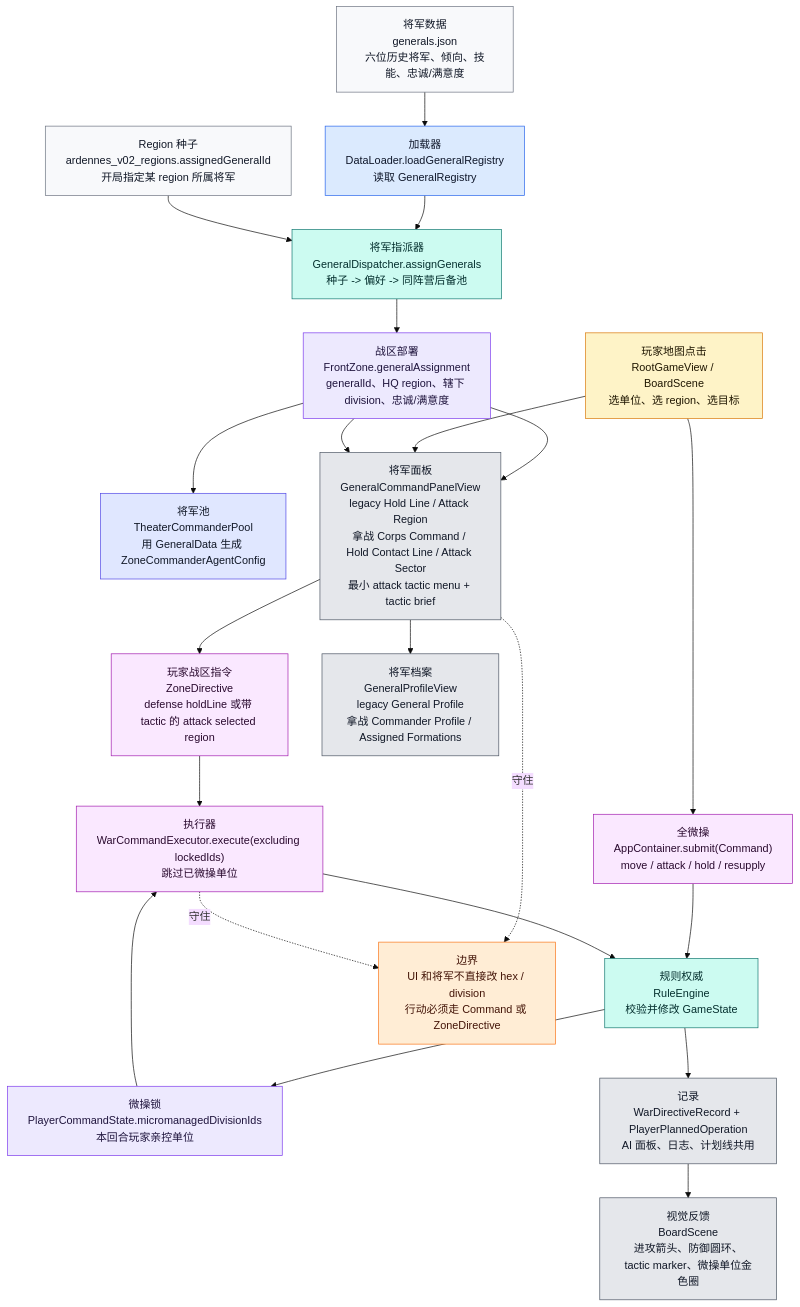
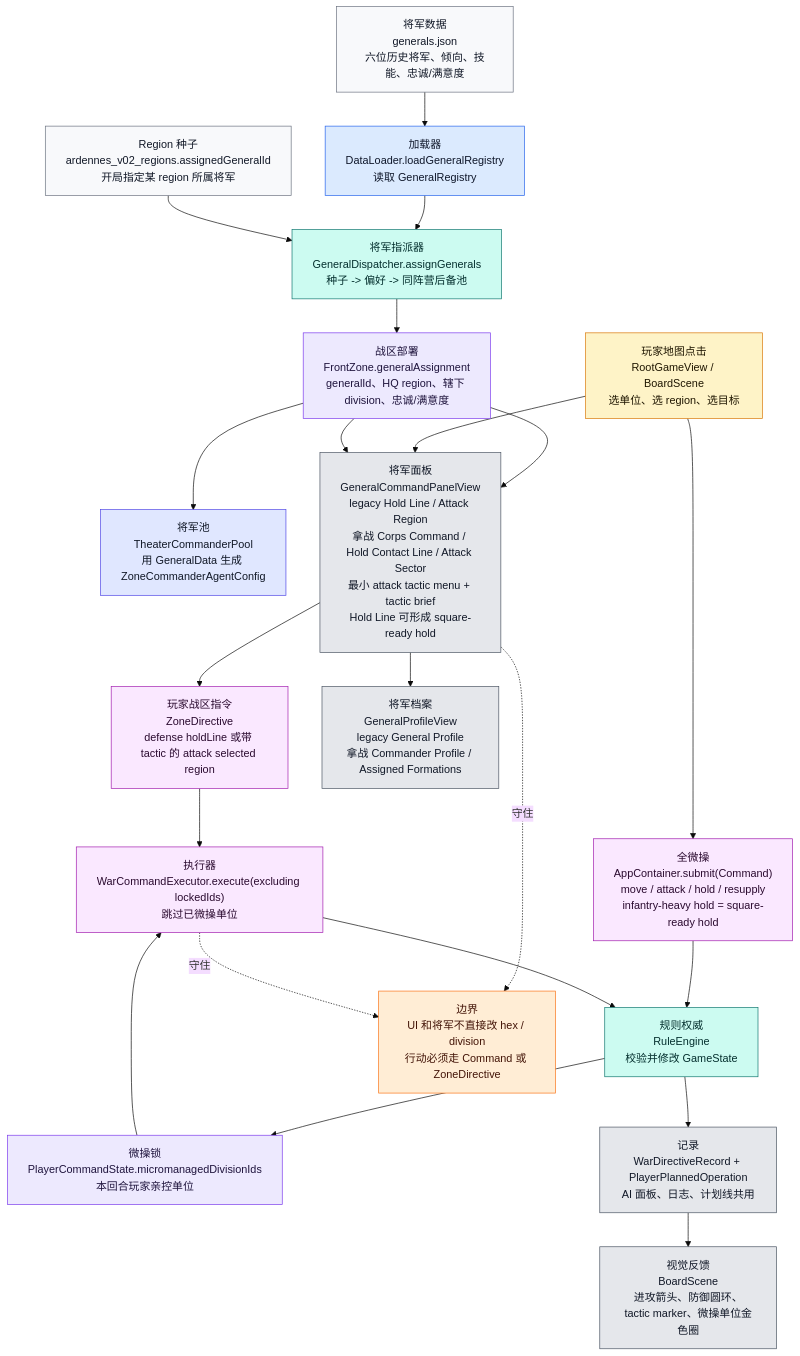
One commit to Altman-sam114/122 changed the ninth of 9 diagrams in md/flow/flowchart.md. Above: the diagram before and after it, drawn with Mermaid (base theme). The commit also changed 9 other files, not shown here.

Commit message:
feat: add square-ready hold

````diff
--- a/md/flow/flowchart.md
+++ b/md/flow/flowchart.md
@@ -469,42 +469,42 @@
 ```mermaid
 flowchart TD
     GJSON["将军数据<br/>generals.json<br/>六位历史将军、倾向、技能、忠诚/满意度"]:::data
     RJSON["Region 种子<br/>ardennes_v02_regions.assignedGeneralId<br/>开局指定某 region 所属将军"]:::data
     DL["加载器<br/>DataLoader.loadGeneralRegistry<br/>读取 GeneralRegistry"]:::loader
     DISP["将军指派器<br/>GeneralDispatcher.assignGenerals<br/>种子 -> 偏好 -> 同阵营后备池"]:::rules
     FZ["战区部署<br/>FrontZone.generalAssignment<br/>generalId、HQ region、辖下 division、忠诚/满意度"]:::state
     POOL["将军池<br/>TheaterCommanderPool<br/>用 GeneralData 生成 ZoneCommanderAgentConfig"]:::ai
 
     TAP["玩家地图点击<br/>RootGameView / BoardScene<br/>选单位、选 region、选目标"]:::input
-    MICRO["全微操<br/>AppContainer.submit(Command)<br/>move / attack / hold / resupply"]:::command
+    MICRO["全微操<br/>AppContainer.submit(Command)<br/>move / attack / hold / resupply<br/>infantry-heavy hold = square-ready hold"]:::command
     LOCK["微操锁<br/>PlayerCommandState.micromanagedDivisionIds<br/>本回合玩家亲控单位"]:::state
-    GENUI["将军面板<br/>GeneralCommandPanelView<br/>legacy Hold Line / Attack Region<br/>拿战 Corps Command / Hold Contact Line / Attack Sector<br/>最小 attack tactic menu + tactic brief"]:::ui
+    GENUI["将军面板<br/>GeneralCommandPanelView<br/>legacy Hold Line / Attack Region<br/>拿战 Corps Command / Hold Contact Line / Attack Sector<br/>最小 attack tactic menu + tactic brief<br/>Hold Line 可形成 square-ready hold"]:::ui
     ZD["玩家战区指令<br/>ZoneDirective<br/>defense holdLine 或带 tactic 的 attack selected region"]:::command
     WCE["执行器<br/>WarCommandExecutor.execute(excluding lockedIds)<br/>跳过已微操单位"]:::command
     RE["规则权威<br/>RuleEngine<br/>校验并修改 GameState"]:::rules
     RECORD["记录<br/>WarDirectiveRecord + PlayerPlannedOperation<br/>AI 面板、日志、计划线共用"]:::ui
     BOARD["视觉反馈<br/>BoardScene<br/>进攻箭头、防御圆环、tactic marker、微操单位金色圈"]:::ui
     PROFILE["将军档案<br/>GeneralProfileView<br/>legacy General Profile<br/>拿战 Commander Profile / Assigned Formations"]:::ui
 
     GJSON --> DL --> DISP
     RJSON --> DISP --> FZ --> POOL
     FZ --> GENUI --> PROFILE
     TAP --> MICRO --> RE --> LOCK
     LOCK --> WCE
     TAP --> GENUI --> ZD --> WCE --> RE --> RECORD --> BOARD
     FZ --> GENUI
 
     WARN["边界<br/>UI 和将军不直接改 hex / division<br/>行动必须走 Command 或 ZoneDirective"]:::warn
     GENUI -.守住.-> WARN
     WCE -.守住.-> WARN
 
     classDef data fill:#f8f9fb,stroke:#6b7280,color:#111827
     classDef loader fill:#dbeafe,stroke:#2563eb,color:#0f172a
     classDef state fill:#ede9fe,stroke:#7c3aed,color:#1f143d
     classDef ai fill:#e0e7ff,stroke:#4f46e5,color:#111827
     classDef input fill:#fef3c7,stroke:#d97706,color:#1f1600
     classDef command fill:#fae8ff,stroke:#a21caf,color:#2a0a2f
     classDef rules fill:#ccfbf1,stroke:#0f766e,color:#042f2e
     classDef ui fill:#e5e7eb,stroke:#4b5563,color:#111827
     classDef warn fill:#ffedd5,stroke:#f97316,color:#431407
 ```
````
